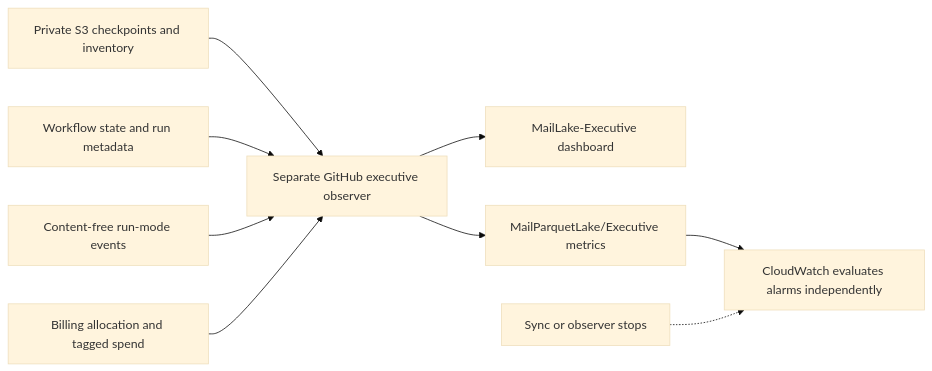
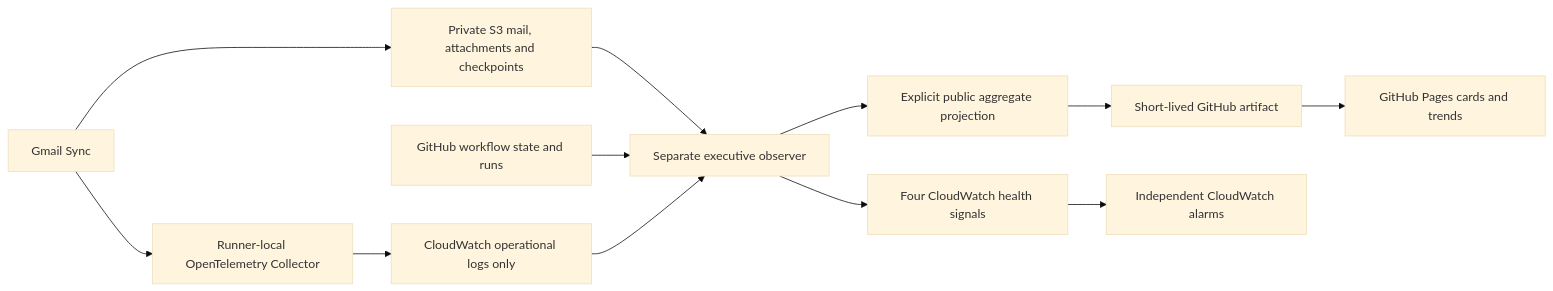
The first of 2 diagrams in docs/observability.md (considerable/mail-parquet-lake), drawn with Mermaid (base theme) before and after one commit. The commit also changed other lines of this file and 24 other files, not shown here.

Commit message:
Move executive dashboard to Pages and limit AWS telemetry costs

````diff
--- a/docs/observability.md
+++ b/docs/observability.md
@@ -47,11 +13,14 @@
 ```mermaid
 flowchart LR
-    S3["Private S3 checkpoints and inventory"] --> OBS["Separate GitHub executive observer"]
-    GH["Workflow state and run metadata"] --> OBS
-    LOGS["Content-free run-mode events"] --> OBS
-    BILL["Billing allocation and tagged spend"] --> OBS
-    OBS --> DASH["MailLake-Executive dashboard"]
-    OBS --> METRICS["MailParquetLake/Executive metrics"]
-    METRICS --> ALARMS["CloudWatch evaluates alarms independently"]
-    STOP["Sync or observer stops"] -.-> ALARMS
+    GMAIL["Gmail Sync"] --> S3["Private S3 mail, attachments and checkpoints"]
+    GMAIL --> OTEL["Runner-local OpenTelemetry Collector"]
+    OTEL --> LOGS["CloudWatch operational logs only"]
+    S3 --> OBS["Separate executive observer"]
+    GH["GitHub workflow state and runs"] --> OBS
+    LOGS --> OBS
+    OBS --> SAFE["Explicit public aggregate projection"]
+    SAFE --> ART["Short-lived GitHub artifact"]
+    ART --> PAGES["GitHub Pages cards and trends"]
+    OBS --> FOUR["Four CloudWatch health signals"]
+    FOUR --> ALARM["Independent CloudWatch alarms"]
 ```
````
